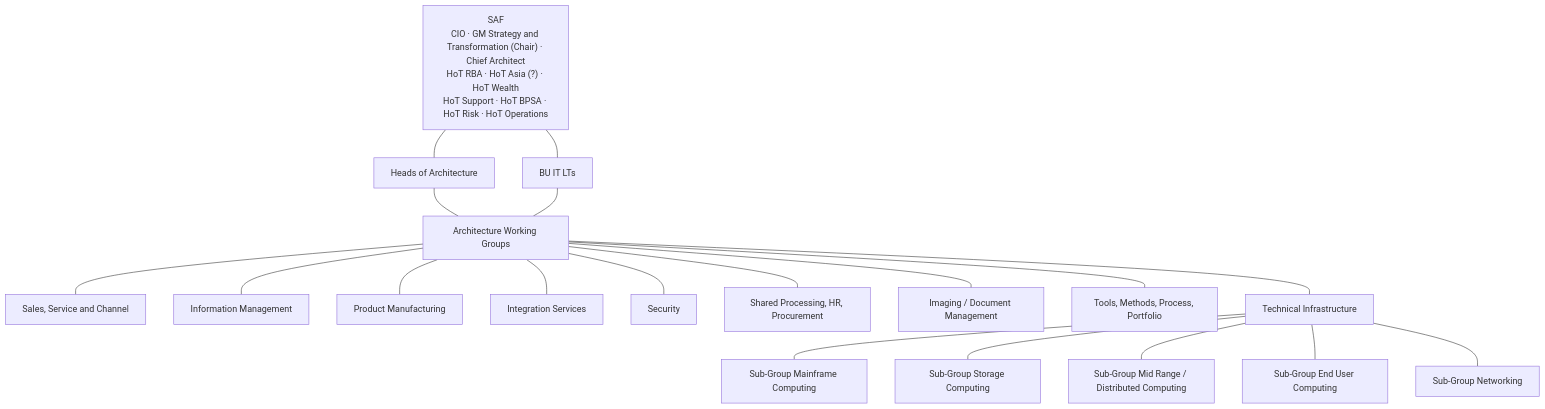
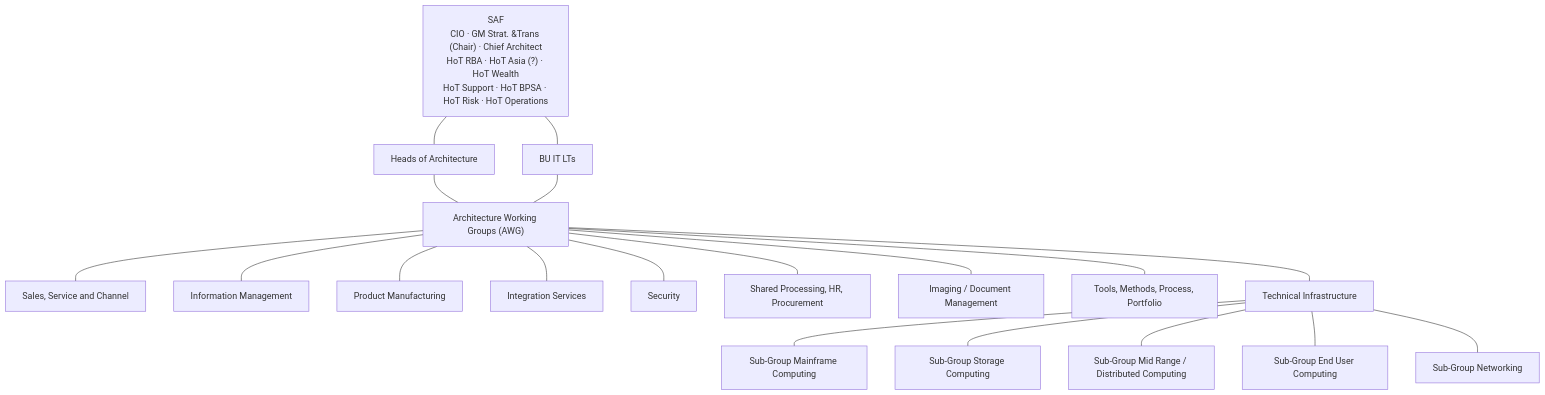
Before and after one commit to ChristineTham/cv: the third of 3 diagrams in src/content/article/banktech-2006.md, drawn with Mermaid. The commit also changed other lines of this file and 1 other file, not shown here.

````diff
--- a/src/content/article/banktech-2006.md
+++ b/src/content/article/banktech-2006.md
@@ -334,22 +360,22 @@
 ```mermaid
 flowchart TD
-  SAF["SAF<br/>CIO · GM Strategy and Transformation (Chair) · Chief Architect<br/>HoT RBA · HoT Asia (?) · HoT Wealth<br/>HoT Support · HoT BPSA · HoT Risk · HoT Operations"]
+  SAF["SAF<br/>CIO · GM Strat. &amp;Trans (Chair) · Chief Architect<br/>HoT RBA · HoT Asia (?) · HoT Wealth<br/>HoT Support · HoT BPSA · HoT Risk · HoT Operations"]
   SAF --- HOA[Heads of Architecture]
   SAF --- BU[BU IT LTs]
-  HOA --- AWG[Architecture Working Groups]
+  HOA --- AWG["Architecture Working Groups (AWG)"]
   BU --- AWG
   AWG --- G1[Sales, Service and Channel]
   AWG --- G2[Information Management]
   AWG --- G3[Product Manufacturing]
   AWG --- G4[Integration Services]
   AWG --- G5[Security]
   AWG --- G6[Shared Processing, HR, Procurement]
   AWG --- G7[Imaging / Document Management]
   AWG --- G8[Tools, Methods, Process, Portfolio]
   AWG --- TI[Technical Infrastructure]
   TI --- S1[Sub-Group Mainframe Computing]
   TI --- S2[Sub-Group Storage Computing]
   TI --- S3[Sub-Group Mid Range / Distributed Computing]
   TI --- S4[Sub-Group End User Computing]
   TI --- S5[Sub-Group Networking]
 ```
````
